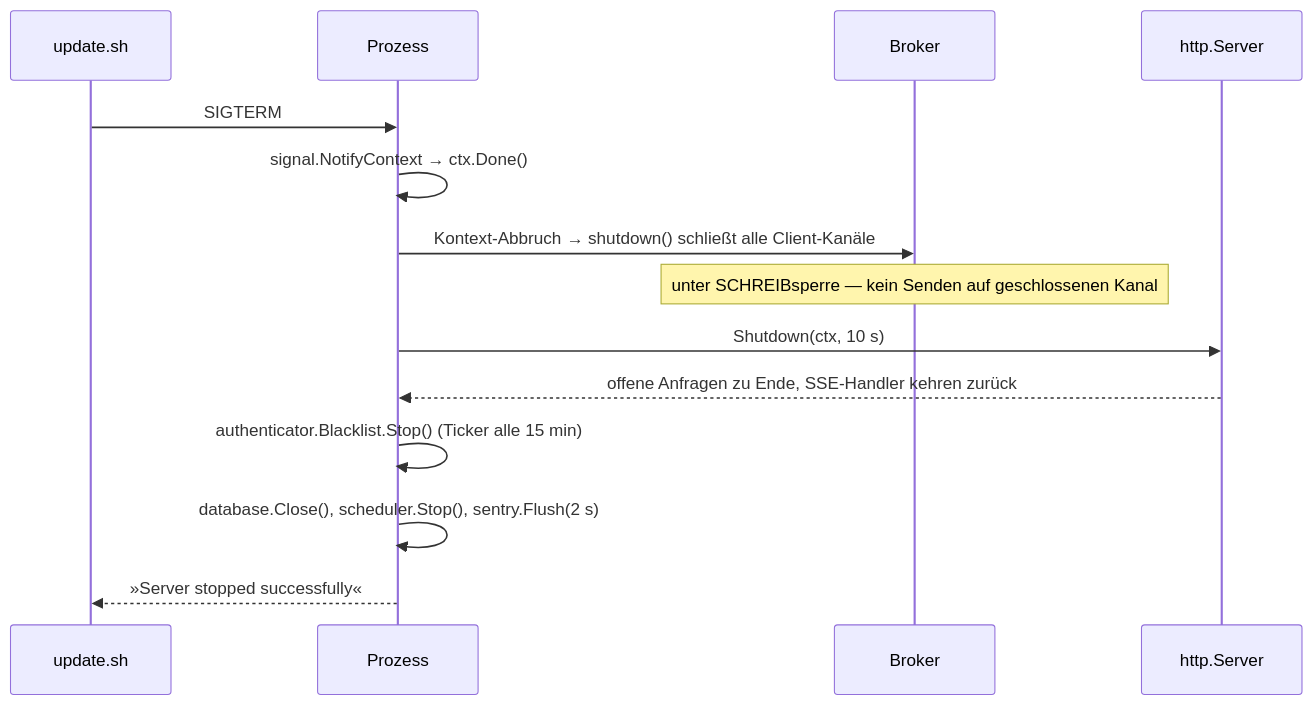
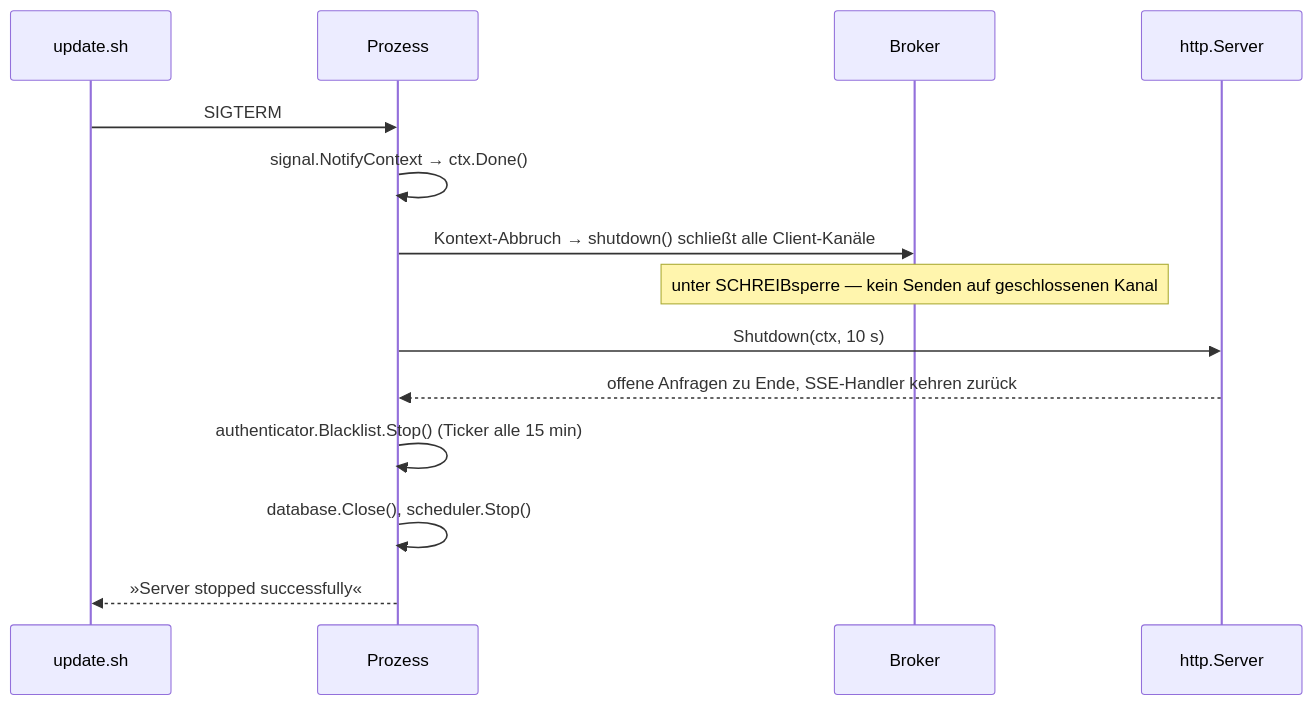
Before and after one commit to uuuxy/bibliothek: the fifth of 5 diagrams in docs/ARCHITEKTUR.md, drawn with Mermaid. The commit also changed other lines of this file and 19 other files, not shown here.

````diff
--- a/docs/ARCHITEKTUR.md
+++ b/docs/ARCHITEKTUR.md
@@ -1417,17 +1413,17 @@
 ```mermaid
 sequenceDiagram
     participant OP as update.sh
     participant P as Prozess
     participant SSE as Broker
     participant HTTP as http.Server
 
     OP->>P: SIGTERM
     P->>P: signal.NotifyContext → ctx.Done()
     P->>SSE: Kontext-Abbruch → shutdown() schließt alle Client-Kanäle
     Note over SSE: unter SCHREIBsperre — kein Senden auf geschlossenen Kanal
     P->>HTTP: Shutdown(ctx, 10 s)
     HTTP-->>P: offene Anfragen zu Ende, SSE-Handler kehren zurück
     P->>P: authenticator.Blacklist.Stop() (Ticker alle 15 min)
-    P->>P: database.Close(), scheduler.Stop(), sentry.Flush(2 s)
+    P->>P: database.Close(), scheduler.Stop()
     P-->>OP: »Server stopped successfully«
 ```
````
